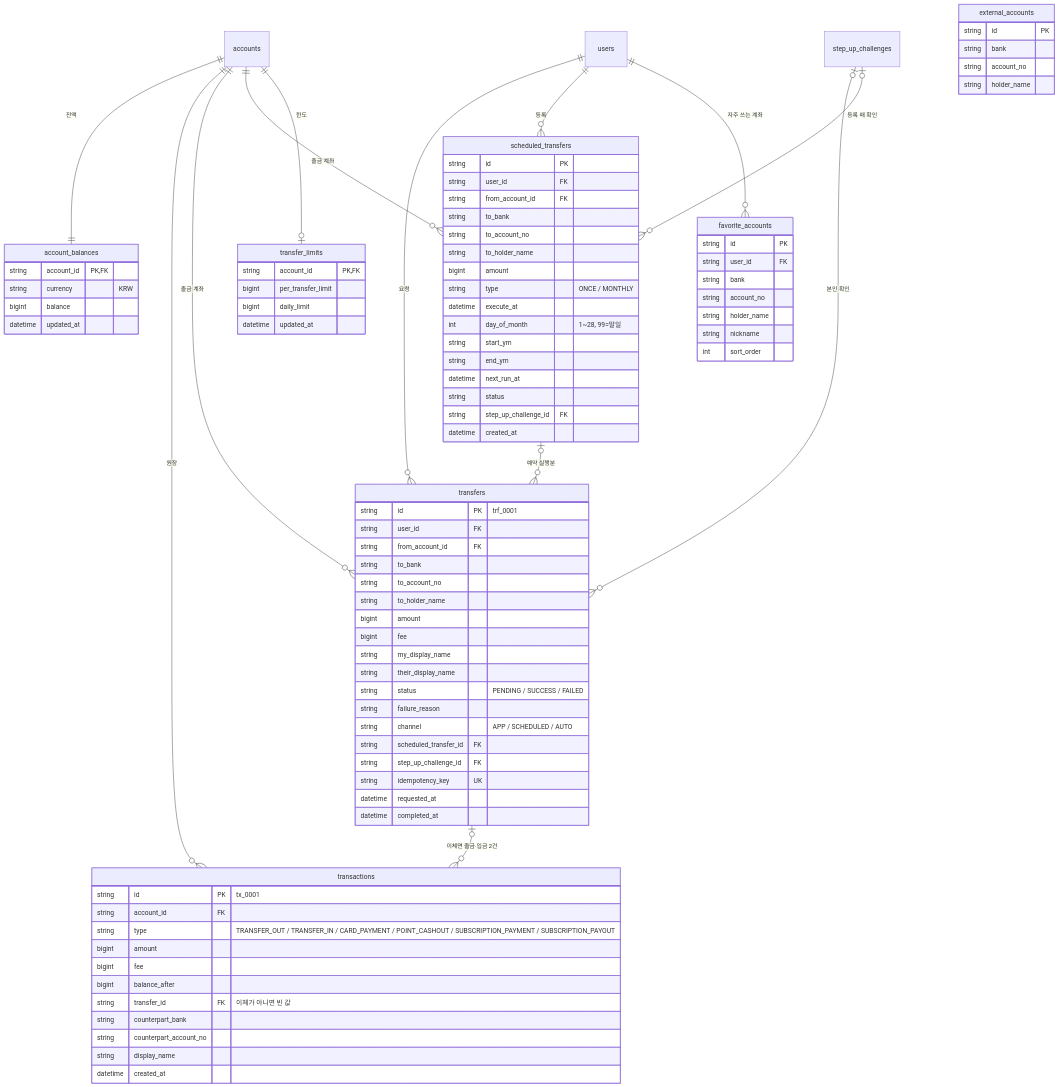
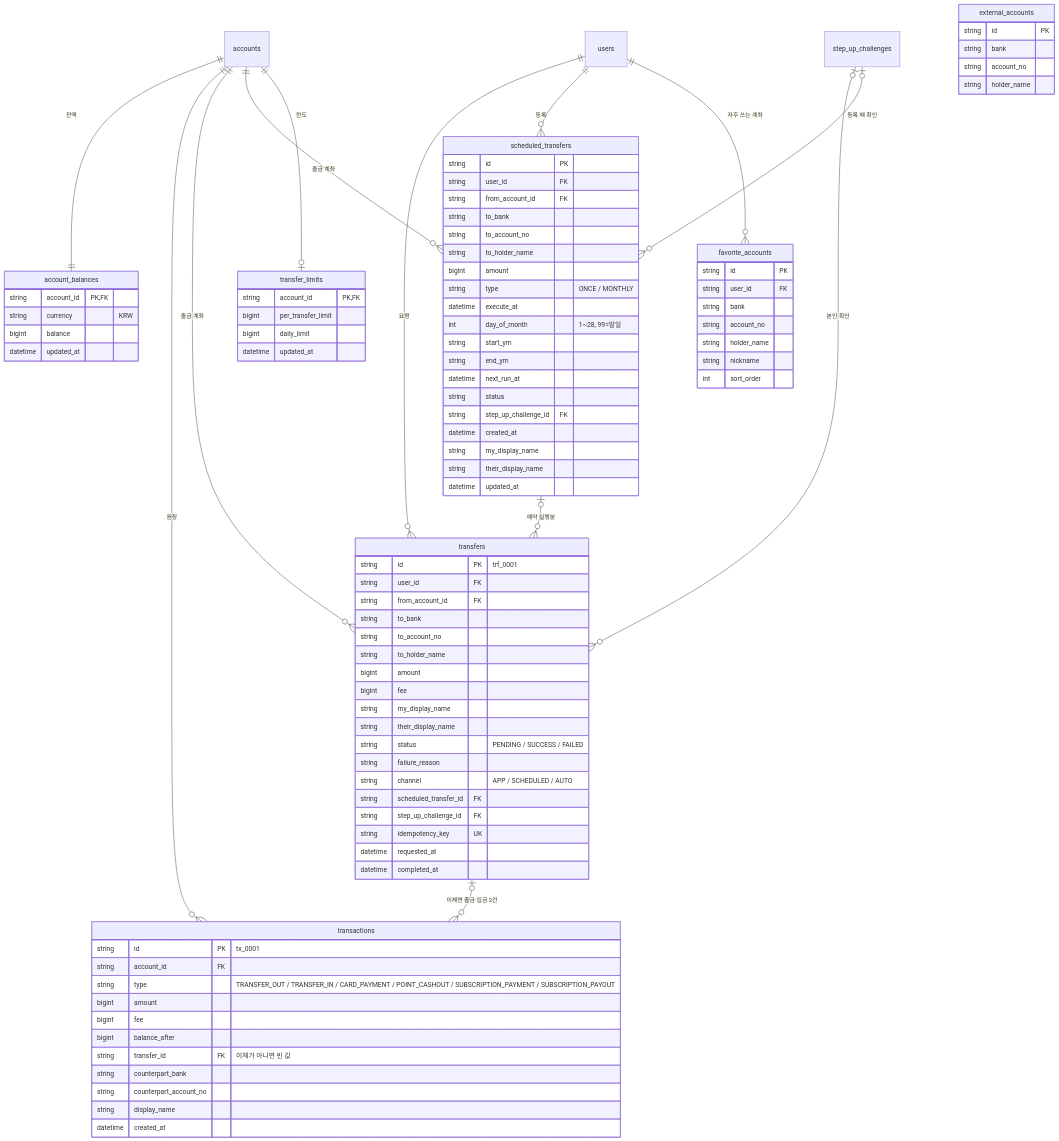
The fourth of 7 diagrams in docs/ERD.md (yellowgreenbean/midproject_ai_agent), drawn with Mermaid before and after one commit. The commit also changed other lines of this file and 14 other files, not shown here.

First line of the commit message:
기획서·ERD·흐름도·더미 데이터 대조 반영 (흐름도 1장으로 통합)

```diff
--- a/docs/ERD.md
+++ b/docs/ERD.md
@@ -321,6 +321,9 @@
         string status
         string step_up_challenge_id FK
         datetime created_at
+        string my_display_name
+        string their_display_name
+        datetime updated_at
     }
     favorite_accounts {
         string id PK
```
